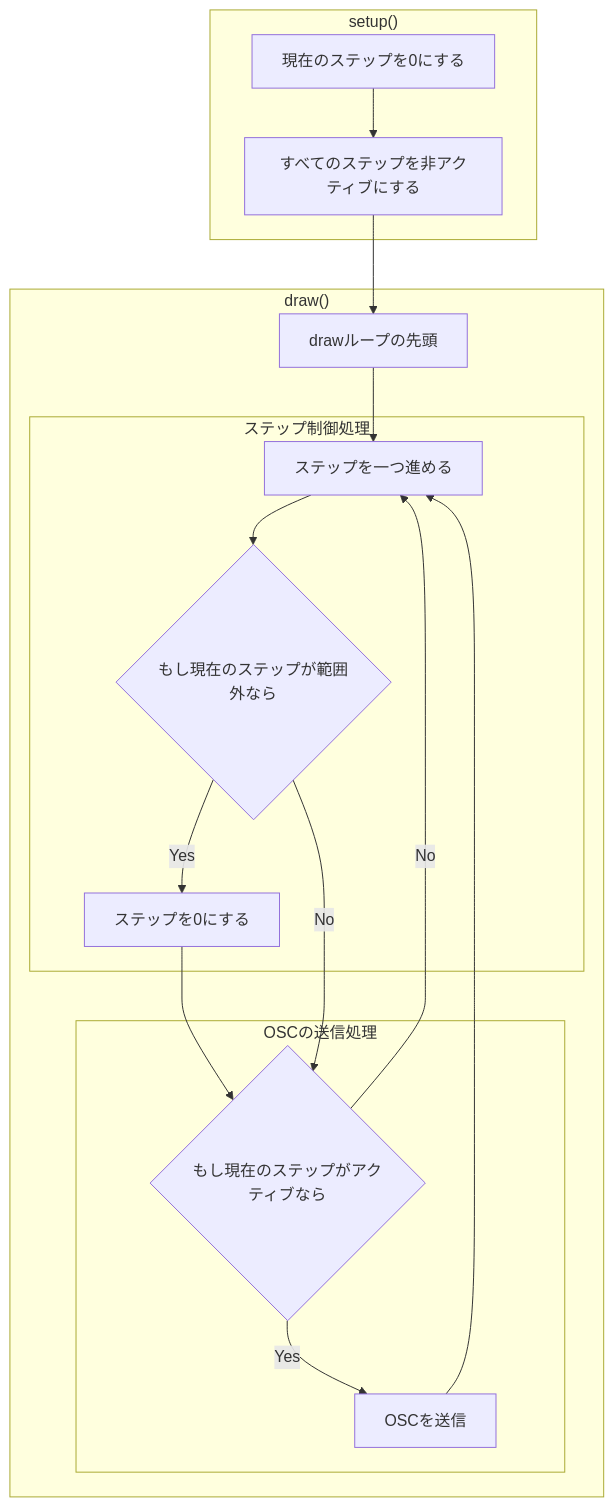
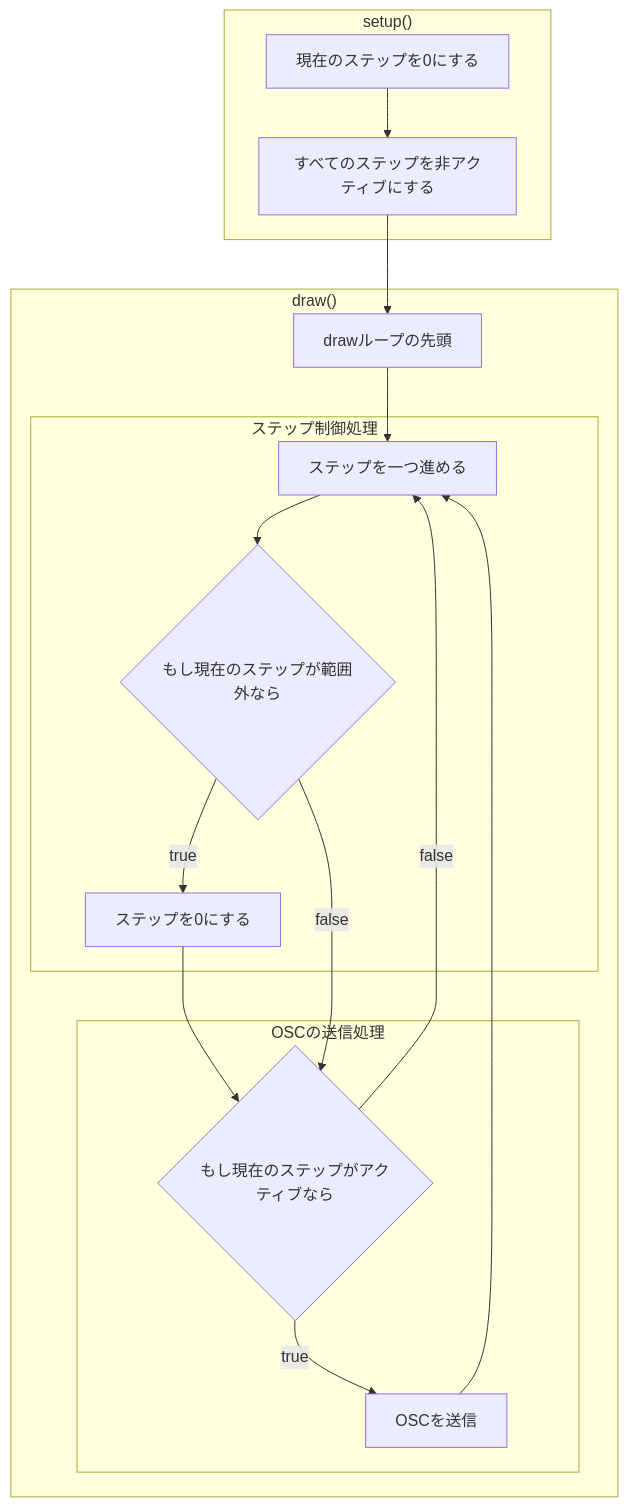
The diagram in recipes/README.md (enkatsu/openlab-workshop202402), drawn with Mermaid before and after one commit.

````diff
--- a/recipes/README.md
+++ b/recipes/README.md
@@ -10,29 +10,29 @@
 ```mermaid
 flowchart
     subgraph "setup()"
         initCs[現在のステップを0にする]
         initStep[すべてのステップを非アクティブにする]
     end
     subgraph "draw()"
         loopStart[drawループの先頭]
         subgraph ステップ制御処理
             incStep[ステップを一つ進める]
             ifCsOver{もし現在のステップが範囲外なら}
             resetCs[ステップを0にする]
         end
         subgraph OSCの送信処理
             ifStepTrue{もし現在のステップがアクティブなら}
             sendOsc[OSCを送信]
         end
     end
 
     initCs --> initStep
     initStep --> loopStart
 
     loopStart --> incStep
     incStep --> ifCsOver
-    ifCsOver -->|Yes| resetCs --> ifStepTrue
-    ifCsOver -->|No| ifStepTrue
-    ifStepTrue --> |Yes| sendOsc --> incStep
-    ifStepTrue --> |No| incStep
+    ifCsOver -->|true| resetCs --> ifStepTrue
+    ifCsOver -->|false| ifStepTrue
+    ifStepTrue --> |true| sendOsc --> incStep
+    ifStepTrue --> |false| incStep
 ```
````
